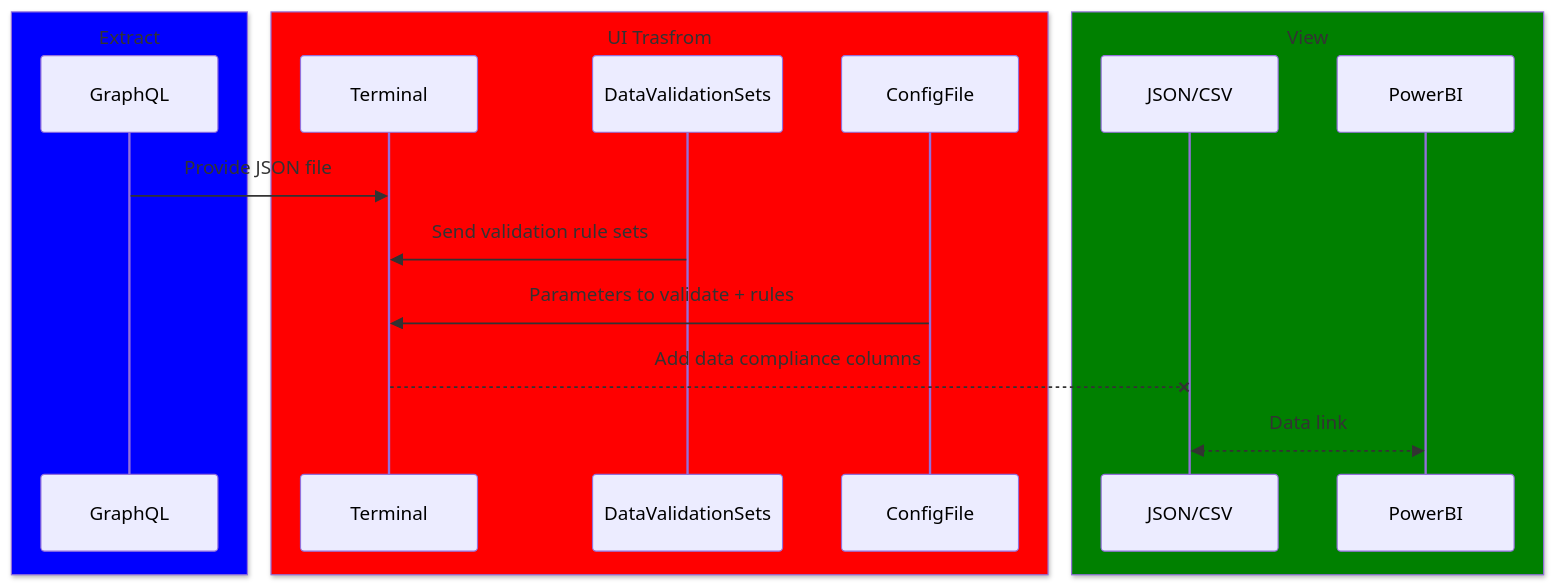
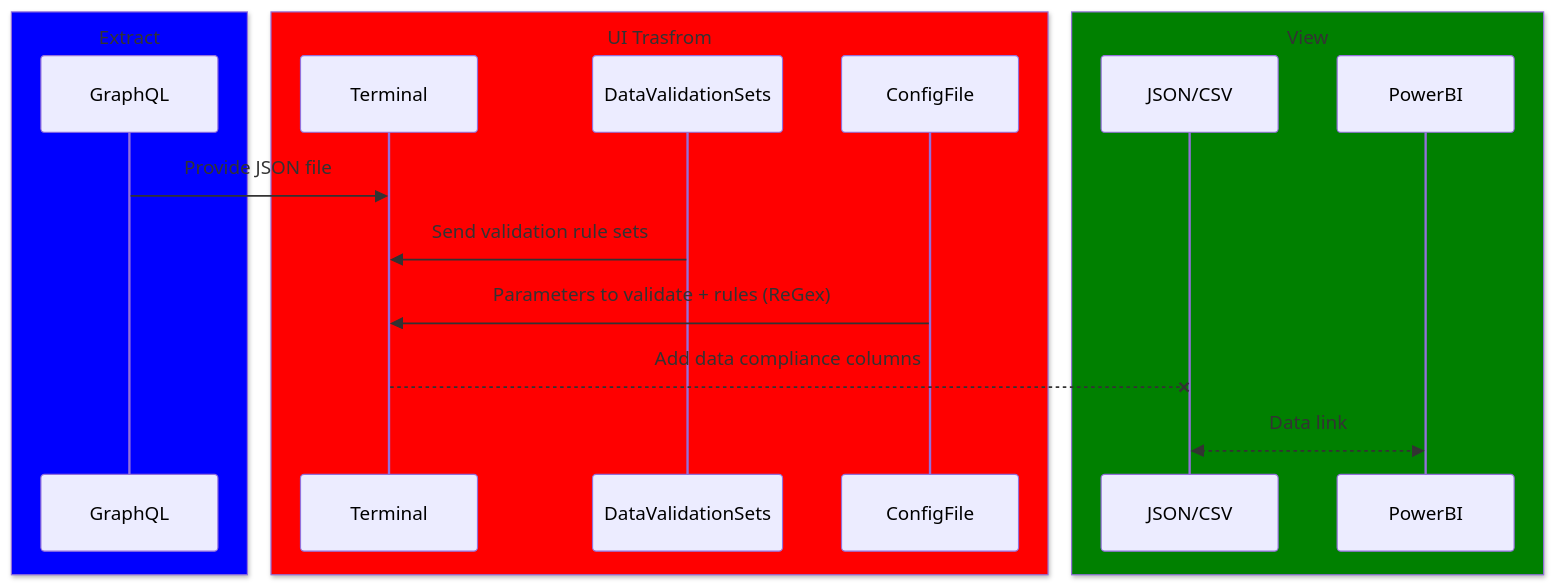
One commit to GianClaudioScarafini/PoCDataValidation changed the diagram in README.md. Above: the diagram before and after it, drawn with Mermaid.

Commit message:
adit graph

````diff
--- a/README.md
+++ b/README.md
@@ -9,25 +9,25 @@
 ```mermaid
 sequenceDiagram
     box Blue Extract 
     participant GraphQL
     End
 
     box red UI Trasfrom
     participant Terminal
     participant DataValidationSets
     participant ConfigFile
     end
     box green View
     participant JSON/CSV
     participant PowerBI
 
     end
     GraphQL ->> Terminal: Provide JSON file
     DataValidationSets ->> Terminal: Send validation rule sets
-    ConfigFile ->> Terminal: Parameters to validate + rules
+    ConfigFile ->> Terminal: Parameters to validate + rules (ReGex)
 
     Terminal --x JSON/CSV: Add data compliance columns
     JSON/CSV <<-->> PowerBI: Data link
 
 
 ```
````
